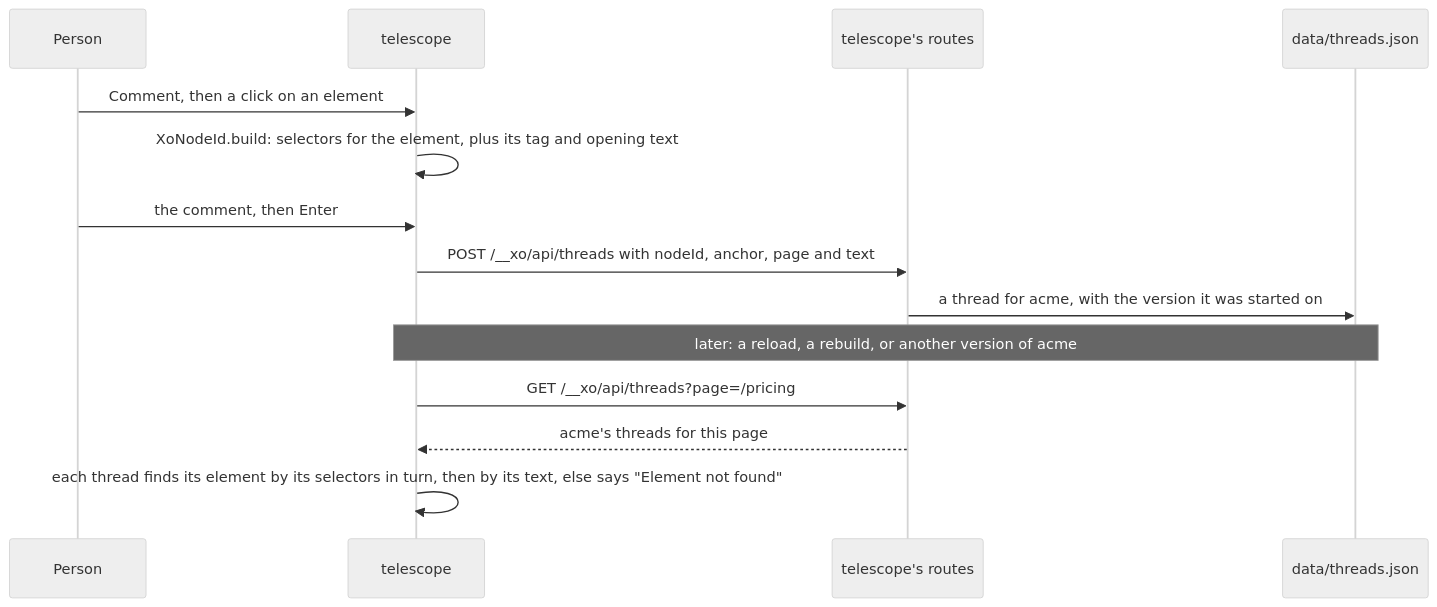
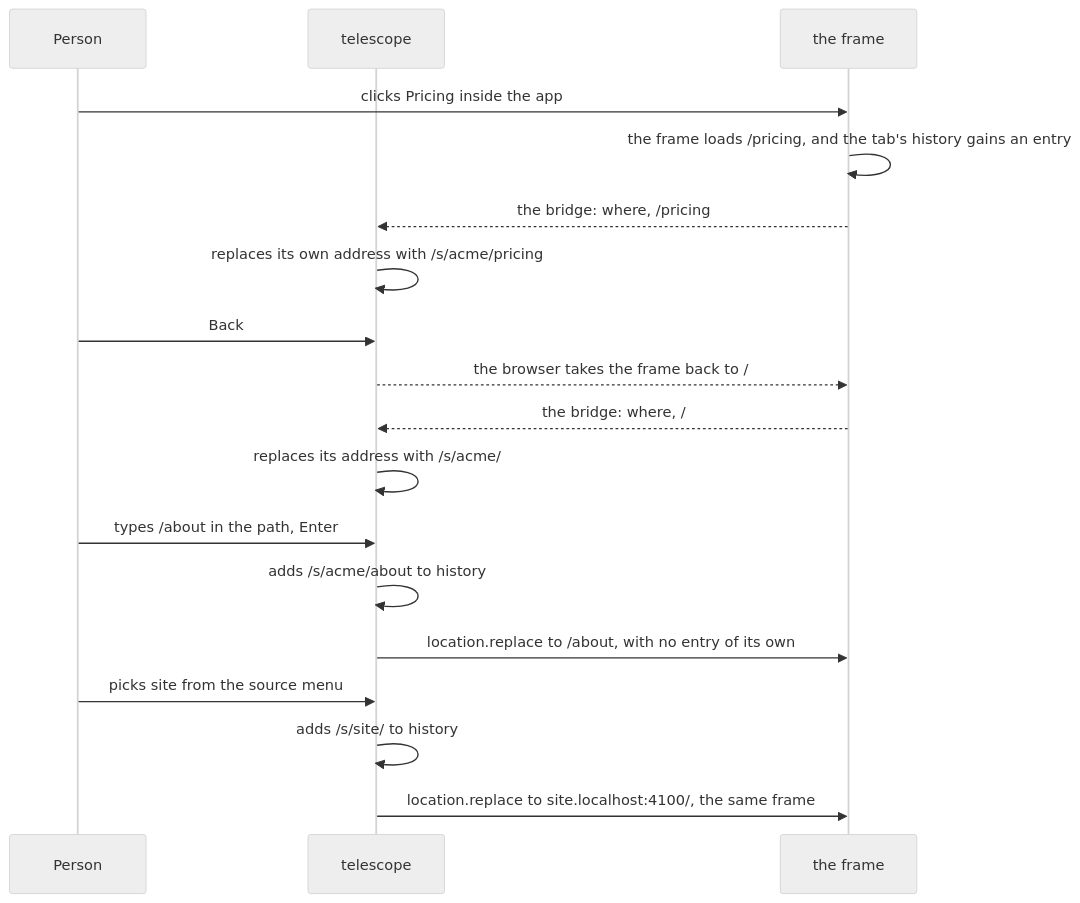
One commit to quirq-ai/galileo changed the sixth of 8 diagrams in docs/ARCHITECTURE.md. Above: the diagram before and after it, drawn with Mermaid (neutral theme). The commit also changed other lines of this file and 51 other files, not shown here.

````diff
--- a/docs/ARCHITECTURE.md
+++ b/docs/ARCHITECTURE.md
@@ -276,16 +181,20 @@
 ```mermaid
 sequenceDiagram
   participant U as Person
   participant T as telescope
-  participant G as telescope's routes
-  participant D as data/threads.json
-  U->>T: Comment, then a click on an element
-  T->>T: XoNodeId.build: selectors for the element, plus its tag and opening text
-  U->>T: the comment, then Enter
-  T->>G: POST /__xo/api/threads with nodeId, anchor, page and text
-  G->>D: a thread for acme, with the version it was started on
-  Note over T,D: later: a reload, a rebuild, or another version of acme
-  T->>G: GET /__xo/api/threads?page=/pricing
-  G-->>T: acme's threads for this page
-  T->>T: each thread finds its element by its selectors in turn, then by its text, else says "Element not found"
+  participant F as the frame
+  U->>F: clicks Pricing inside the app
+  F->>F: the frame loads /pricing, and the tab's history gains an entry
+  F-->>T: the bridge: where, /pricing
+  T->>T: replaces its own address with /s/acme/pricing
+  U->>T: Back
+  T-->>F: the browser takes the frame back to /
+  F-->>T: the bridge: where, /
+  T->>T: replaces its address with /s/acme/
+  U->>T: types /about in the path, Enter
+  T->>T: adds /s/acme/about to history
+  T->>F: location.replace to /about, with no entry of its own
+  U->>T: picks site from the source menu
+  T->>T: adds /s/site/ to history
+  T->>F: location.replace to site.localhost:4100/, the same frame
 ```
````
